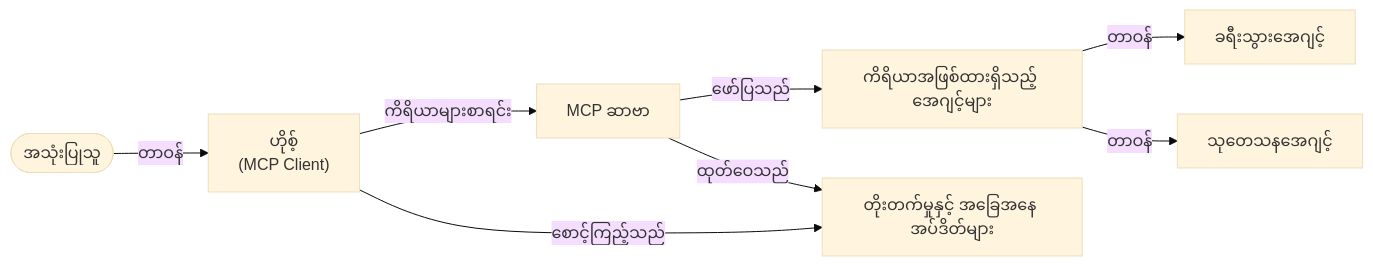
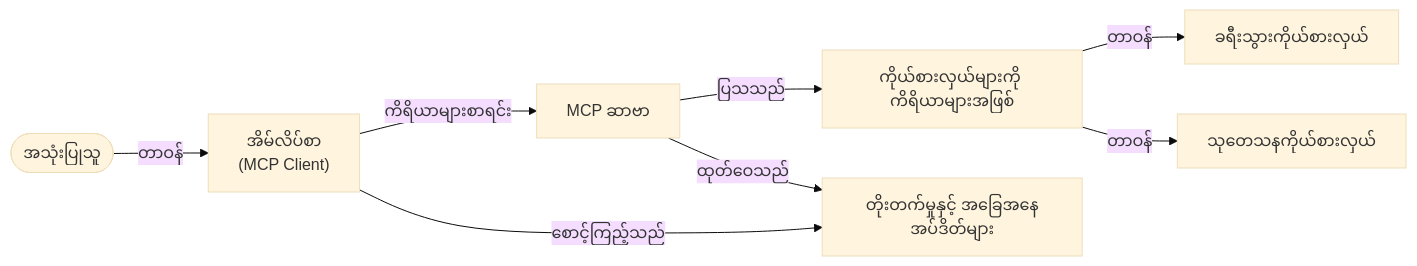
One commit to gabrielmoreira/agent-skills-mirror changed the fifth of 5 diagrams in mirrors/repos/microsoft@ai-agents-for-beginners/translations/my/11-agentic-protocols/code_samples/mcp-agents/README.md. Above: the diagram before and after it, drawn with Mermaid (base theme). The commit also changed other lines of this file and 4262 other files, not shown here.

````diff
--- a/mirrors/repos/microsoft@ai-agents-for-beginners/translations/my/11-agentic-protocols/code_samples/mcp-agents/README.md
+++ b/mirrors/repos/microsoft@ai-agents-for-beginners/translations/my/11-agentic-protocols/code_samples/mcp-agents/README.md
@@ -433,15 +448,15 @@
 ```mermaid
 graph LR
-    User([အသုံးပြုသူ]) -->|"တာဝန်"| Host["ဟိုစ့်<br/>(MCP Client)"]
+    User([အသုံးပြုသူ]) -->|"တာဝန်"| Host["အိမ်လိပ်စာ<br/>(MCP Client)"]
     Host -->|ကိရိယာများစာရင်း| Server[MCP ဆာဗာ]
-    Server -->|ဖော်ပြသည်| AgentsTools[ကိရိယာအဖြစ်ထားရှိသည့် အေဂျင့်များ]
-    AgentsTools -->|တာဝန်| AgentA[ခရီးသွားအေဂျင့်]
-    AgentsTools -->|တာဝန်| AgentB[သုတေသနအေဂျင့်]
+    Server -->|ပြသသည်| AgentsTools[ကိုယ်စားလှယ်များကို ကိရိယာများအဖြစ်]
+    AgentsTools -->|တာဝန်| AgentA[ခရီးသွားကိုယ်စားလှယ်]
+    AgentsTools -->|တာဝန်| AgentB[သုတေသနကိုယ်စားလှယ်]
 
-    Host -->|စောင့်ကြည့်သည်| StateUpdates[တိုးတက်မှုနှင့် အခြေအနေ အပ်ဒိတ်များ]
+    Host -->|စောင့်ကြည့်သည်| StateUpdates[တိုးတက်မှုနှင့် အခြေအနေအပ်ဒိတ်များ]
     Server -->|ထုတ်ဝေသည်| StateUpdates
 
     class User user;
     class AgentA,AgentB agent;
     class Host,Server,StateUpdates core;
 ```
````
